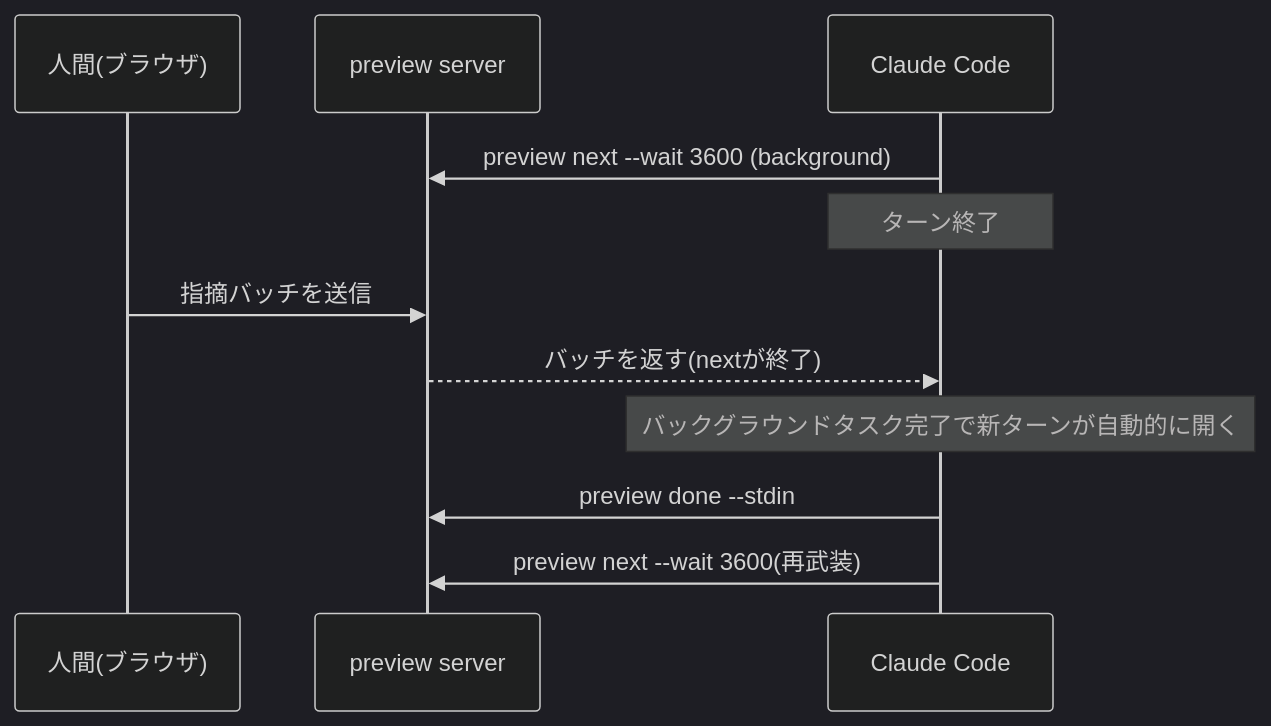
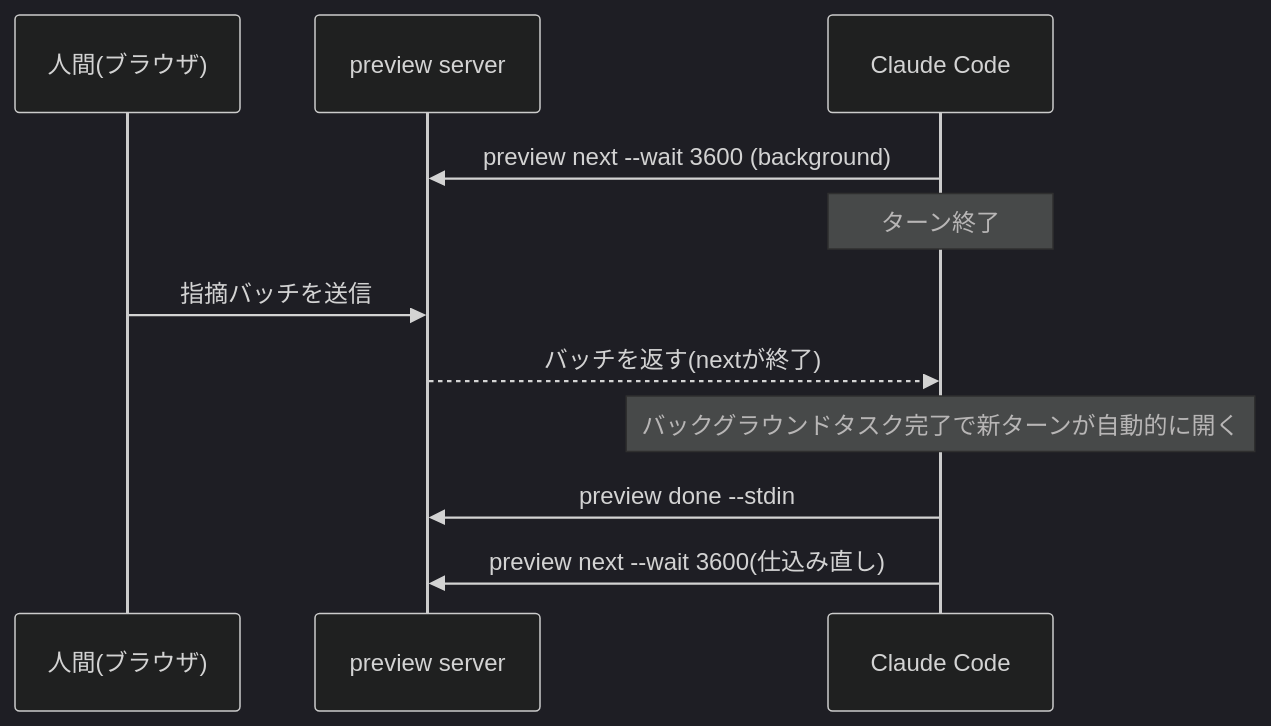
Before and after one commit to coji/zenn-content: the third of 5 diagrams in articles/artifactshare-preview-claude-codex-cursor.md, drawn with Mermaid (dark theme). The commit also changed other lines of this file, not shown here.

Commit message:
Fix unnatural translationese wording (再武装→仕込み直し等)

````diff
--- a/articles/artifactshare-preview-claude-codex-cursor.md
+++ b/articles/artifactshare-preview-claude-codex-cursor.md
@@ -115,14 +115,14 @@
 ```mermaid
 sequenceDiagram
     participant H as 人間(ブラウザ)
     participant S as preview server
     participant C as Claude Code
 
     C->>S: preview next --wait 3600 (background)
     Note over C: ターン終了
     H->>S: 指摘バッチを送信
     S-->>C: バッチを返す(nextが終了)
     Note over C: バックグラウンドタスク完了で新ターンが自動的に開く
     C->>S: preview done --stdin
-    C->>S: preview next --wait 3600(再武装)
+    C->>S: preview next --wait 3600(仕込み直し)
 ```
````
